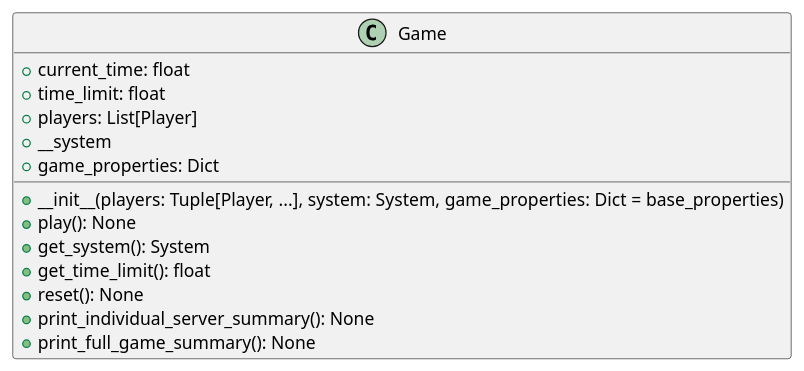
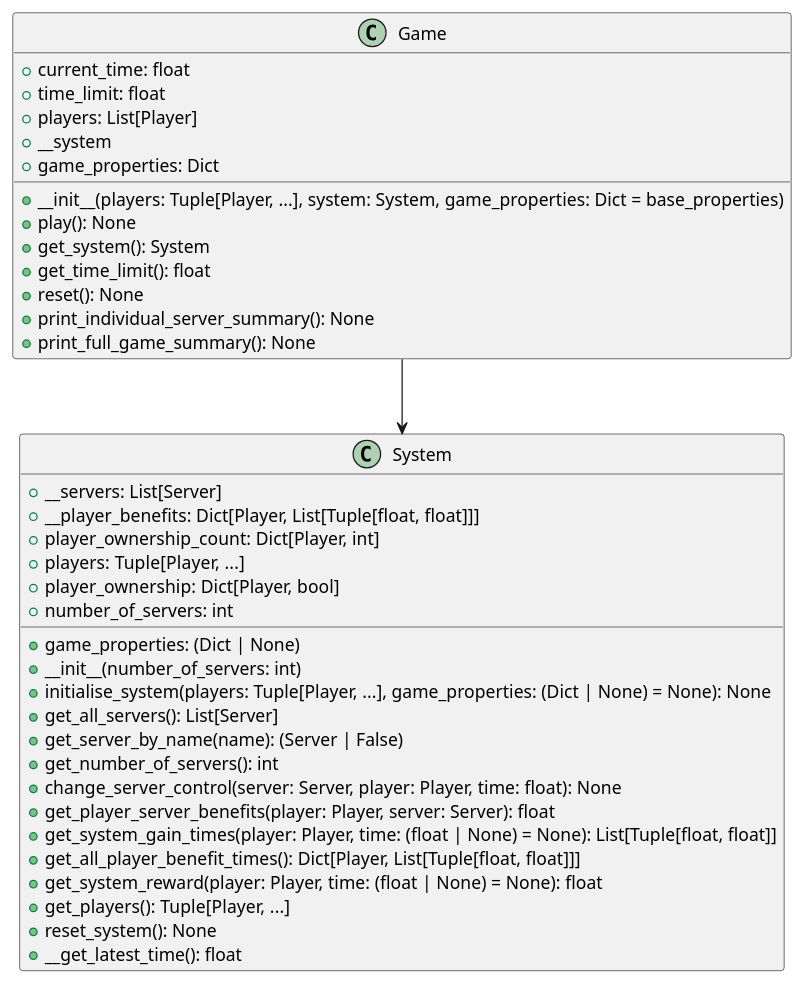
Before and after one commit to ruipimentel/FlipThem-Simulation: the diagram in DOCS/class-diagram.puml, drawn with PlantUML. The commit also changed 1 other file, not shown here.

Commit message:
Increments documentation on `System` class.

```diff
--- a/DOCS/class-diagram.puml
+++ b/DOCS/class-diagram.puml
@@ -1,18 +1,43 @@
 @startuml "class-diagram"
 
 class Game {
   + current_time: float
   + time_limit: float
   + players: List[Player]
   + __system
   + game_properties: Dict
   + __init__(players: Tuple[Player, ...], system: System, game_properties: Dict = base_properties)
   + play(): None
   + get_system(): System
   + get_time_limit(): float
   + reset(): None
   + print_individual_server_summary(): None
   + print_full_game_summary(): None
 }
 
+class System {
+  + __servers: List[Server]
+  + __player_benefits: Dict[Player, List[Tuple[float, float]]]
+  + player_ownership_count: Dict[Player, int]
+  + players: Tuple[Player, ...]
+  + player_ownership: Dict[Player, bool]
+  + game_properties: (Dict | None)
+  + number_of_servers: int
+  + __init__(number_of_servers: int)
+  + initialise_system(players: Tuple[Player, ...], game_properties: (Dict | None) = None): None
+  + get_all_servers(): List[Server]
+  + get_server_by_name(name): (Server | False)
+  + get_number_of_servers(): int
+  + change_server_control(server: Server, player: Player, time: float): None
+  + get_player_server_benefits(player: Player, server: Server): float
+  + get_system_gain_times(player: Player, time: (float | None) = None): List[Tuple[float, float]]
+  + get_all_player_benefit_times(): Dict[Player, List[Tuple[float, float]]]
+  + get_system_reward(player: Player, time: (float | None) = None): float
+  + get_players(): Tuple[Player, ...]
+  + reset_system(): None
+  + __get_latest_time(): float
+}
+
+Game --> System
+
 @enduml
```
